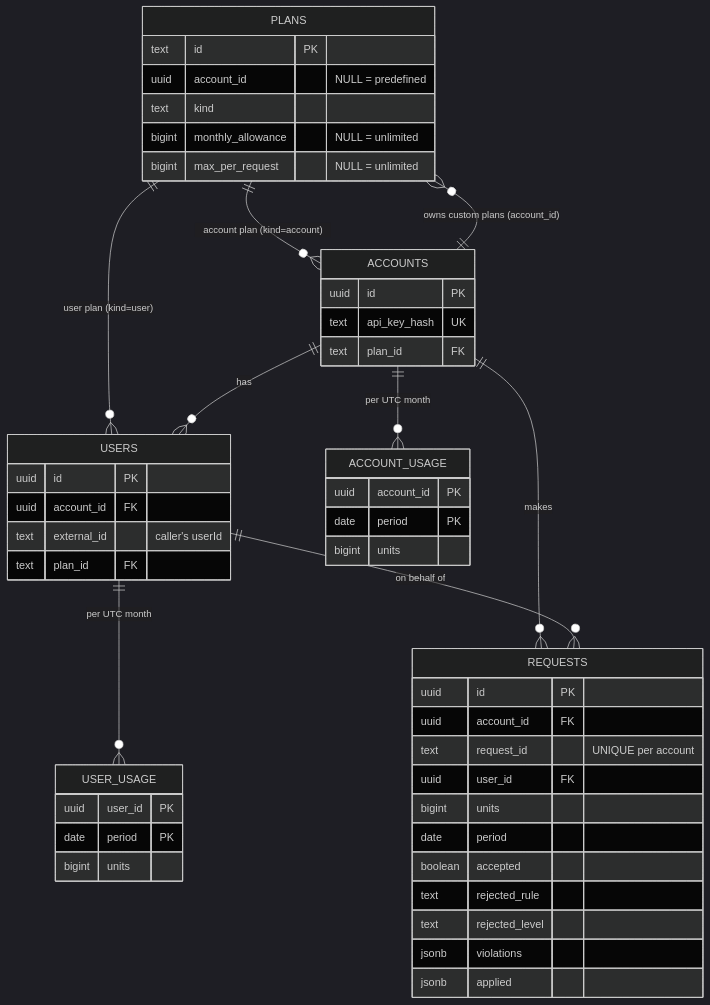
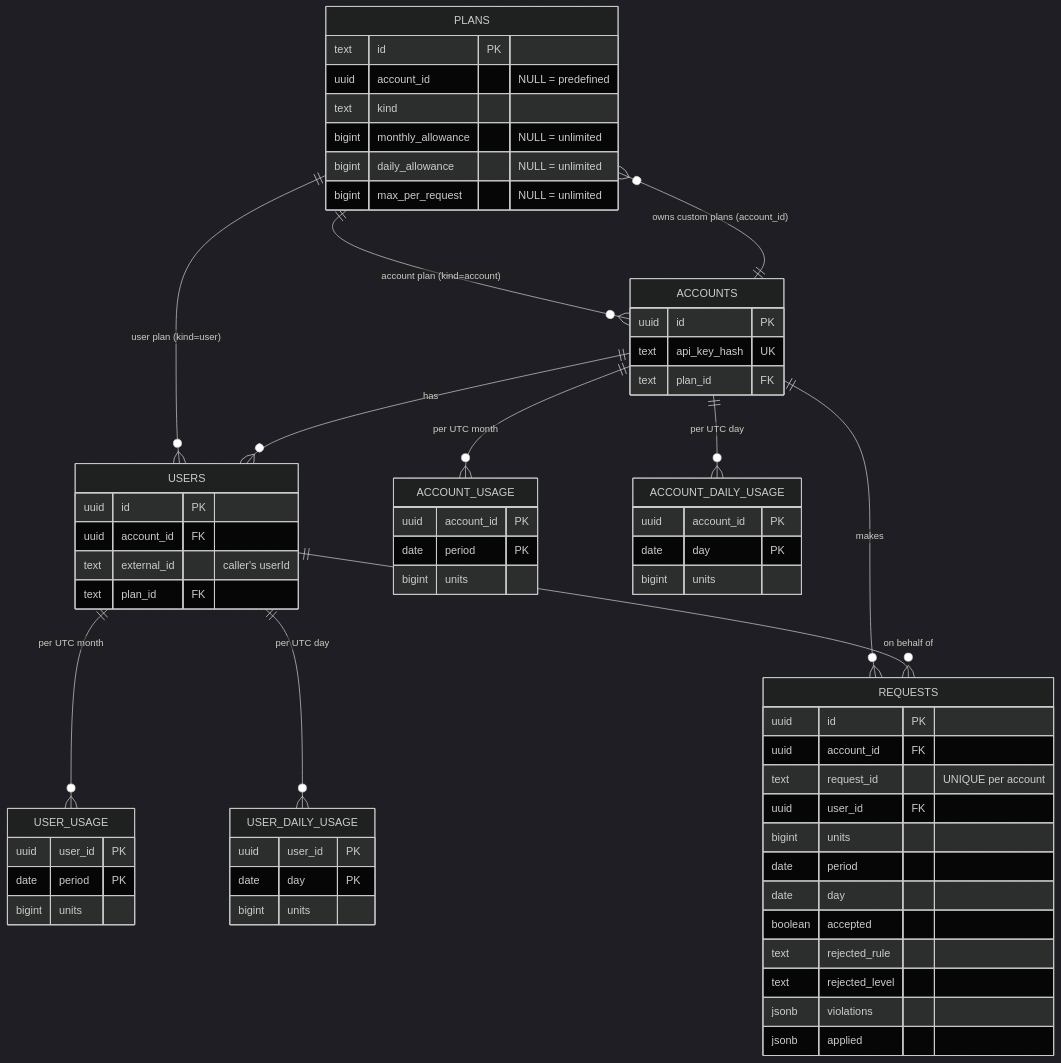
Before and after one commit to Deya-Rimawi/usage-metering-quota-service: the diagram in docs/DATA_MODEL.md, drawn with Mermaid (dark theme). The commit also changed other lines of this file and 40 other files, not shown here.

First line of the commit message:
Add the daily allowance as the extra rule

````diff
--- a/docs/DATA_MODEL.md
+++ b/docs/DATA_MODEL.md
@@ -5,17 +5,21 @@
 ```mermaid
 erDiagram
   PLANS ||--o{ ACCOUNTS : "account plan (kind=account)"
   PLANS ||--o{ USERS : "user plan (kind=user)"
   ACCOUNTS ||--o{ PLANS : "owns custom plans (account_id)"
   ACCOUNTS ||--o{ USERS : has
   ACCOUNTS ||--o{ ACCOUNT_USAGE : "per UTC month"
   USERS ||--o{ USER_USAGE : "per UTC month"
+  ACCOUNTS ||--o{ ACCOUNT_DAILY_USAGE : "per UTC day"
+  USERS ||--o{ USER_DAILY_USAGE : "per UTC day"
   ACCOUNTS ||--o{ REQUESTS : makes
   USERS ||--o{ REQUESTS : "on behalf of"
-  PLANS { text id PK  uuid account_id "NULL = predefined"  text kind  bigint monthly_allowance "NULL = unlimited"  bigint max_per_request "NULL = unlimited" }
+  PLANS { text id PK  uuid account_id "NULL = predefined"  text kind  bigint monthly_allowance "NULL = unlimited"  bigint daily_allowance "NULL = unlimited"  bigint max_per_request "NULL = unlimited" }
   ACCOUNTS { uuid id PK  text api_key_hash UK  text plan_id FK }
   USERS { uuid id PK  uuid account_id FK  text external_id "caller's userId"  text plan_id FK }
   ACCOUNT_USAGE { uuid account_id PK  date period PK  bigint units }
   USER_USAGE { uuid user_id PK  date period PK  bigint units }
-  REQUESTS { uuid id PK  uuid account_id FK  text request_id "UNIQUE per account"  uuid user_id FK  bigint units  date period  boolean accepted  text rejected_rule  text rejected_level  jsonb violations  jsonb applied }
+  ACCOUNT_DAILY_USAGE { uuid account_id PK  date day PK  bigint units }
+  USER_DAILY_USAGE { uuid user_id PK  date day PK  bigint units }
+  REQUESTS { uuid id PK  uuid account_id FK  text request_id "UNIQUE per account"  uuid user_id FK  bigint units  date period  date day  boolean accepted  text rejected_rule  text rejected_level  jsonb violations  jsonb applied }
 ```
````
